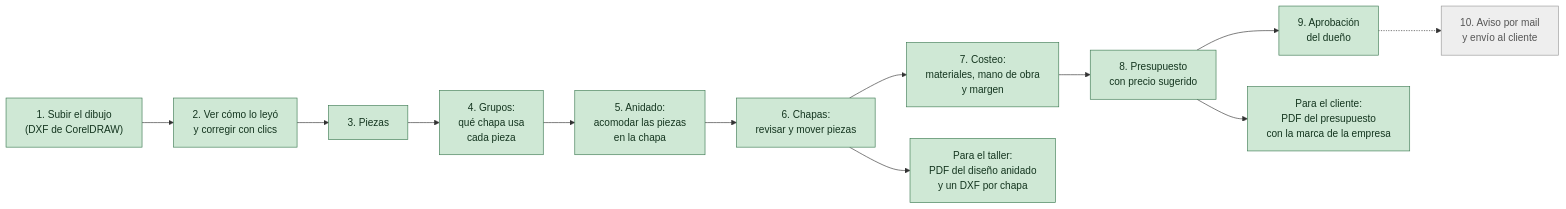
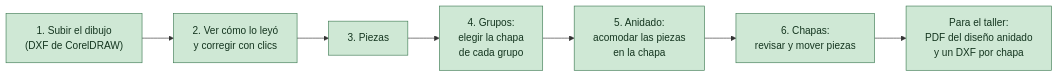
The first of 3 diagrams in README.md (enzopazzelli/carteleria), drawn with Mermaid before and after one commit. The commit also changed other lines of this file and 21 other files, not shown here.

````diff
--- a/README.md
+++ b/README.md
@@ -41,19 +39,12 @@
 ```mermaid
 flowchart LR
     A["1. Subir el dibujo<br/>(DXF de CorelDRAW)"] --> B["2. Ver cómo lo leyó<br/>y corregir con clics"]
     B --> C["3. Piezas"]
-    C --> D["4. Grupos:<br/>qué chapa usa<br/>cada pieza"]
+    C --> D["4. Grupos:<br/>elegir la chapa<br/>de cada grupo"]
     D --> E["5. Anidado:<br/>acomodar las piezas<br/>en la chapa"]
     E --> F["6. Chapas:<br/>revisar y mover piezas"]
-    F --> G["7. Costeo:<br/>materiales, mano de obra<br/>y margen"]
-    G --> H["8. Presupuesto<br/>con precio sugerido"]
-    H --> I["9. Aprobación<br/>del dueño"]
-    I -.-> J["10. Aviso por mail<br/>y envío al cliente"]
     F --> K["Para el taller:<br/>PDF del diseño anidado<br/>y un DXF por chapa"]
-    H --> L["Para el cliente:<br/>PDF del presupuesto<br/>con la marca de la empresa"]
 
     classDef hecho fill:#cfe8d5,stroke:#3d7a52,color:#14351f
-    classDef falta fill:#eeeeee,stroke:#999,color:#555
-    class A,B,C,D,E,F,G,H,I,K,L hecho
-    class J falta
+    class A,B,C,D,E,F,K hecho
 ```
````
